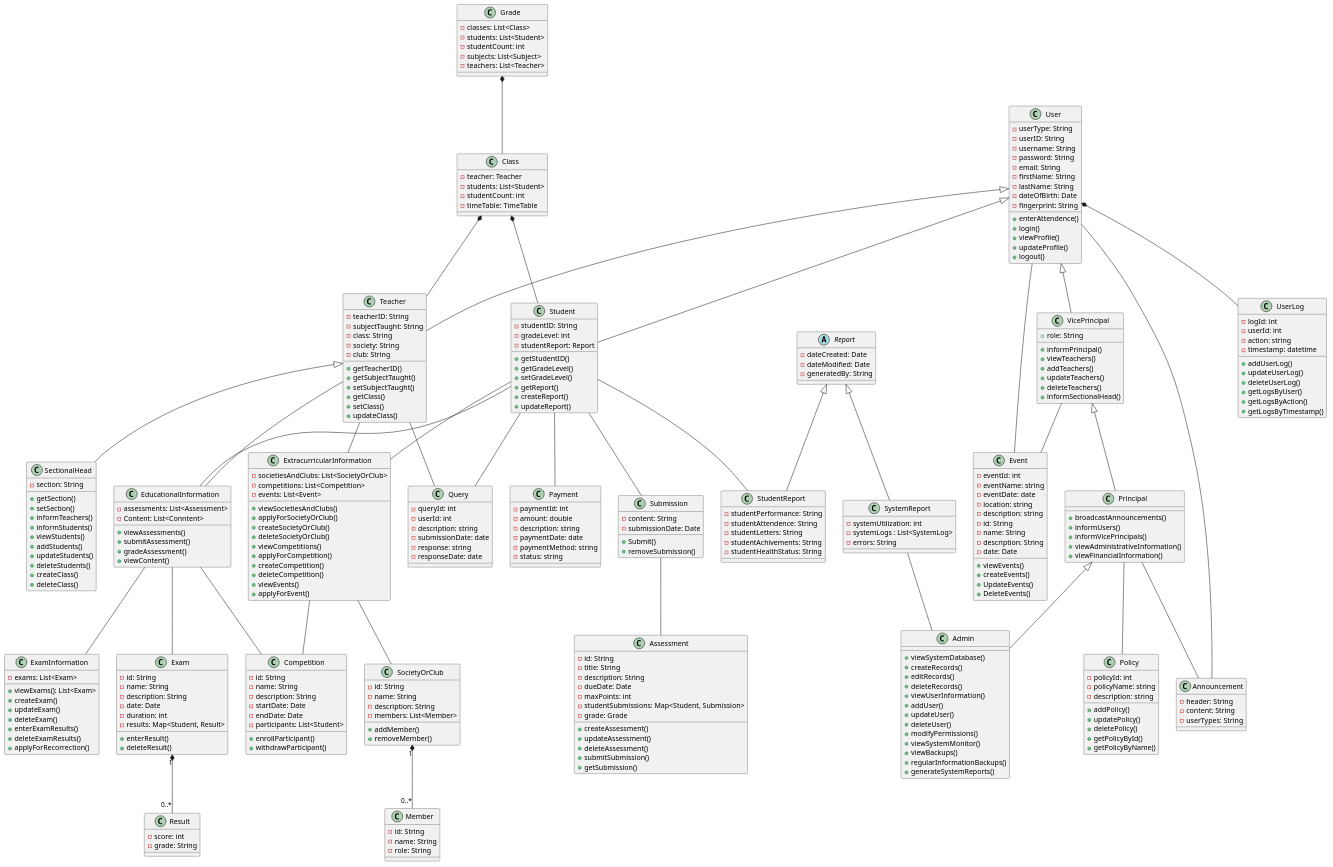
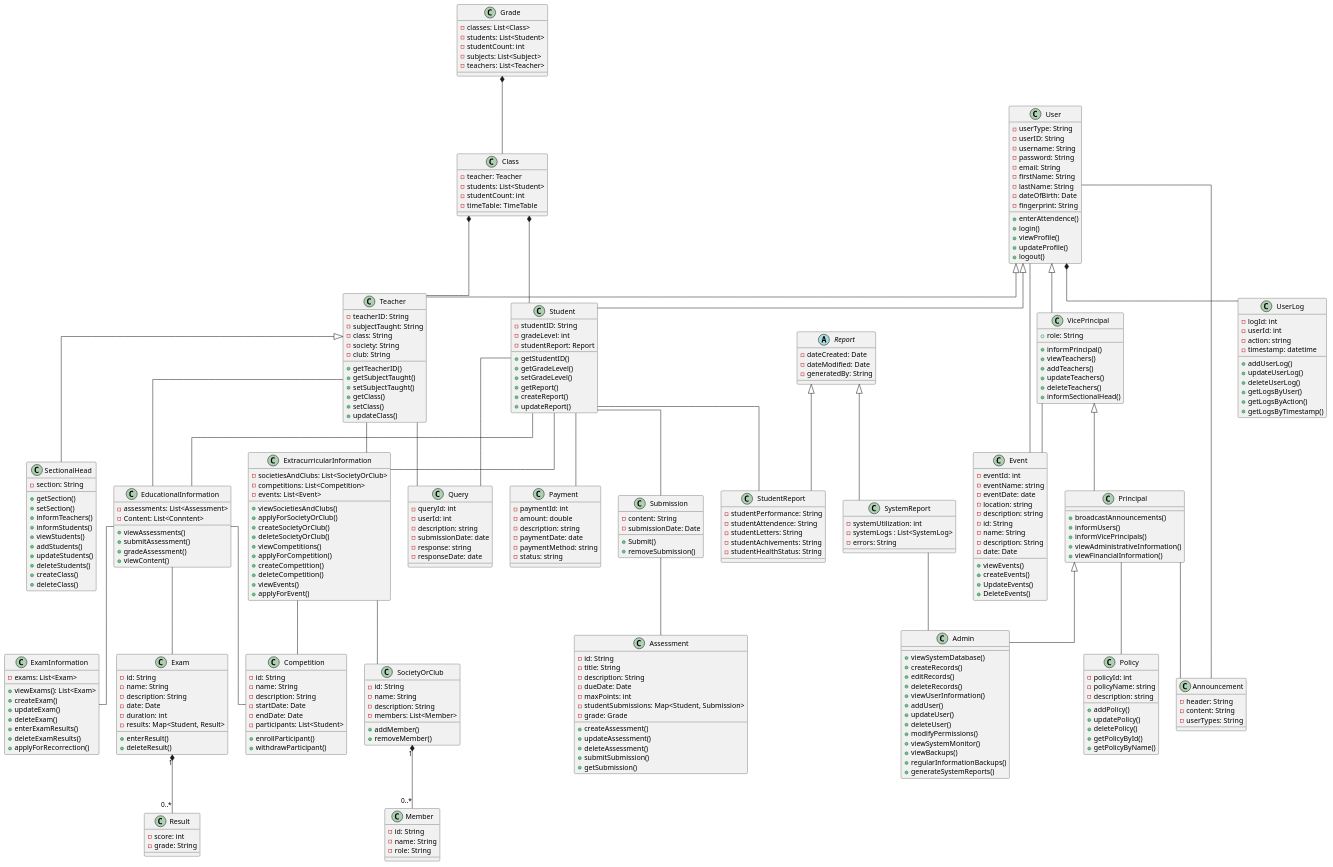
One commit to AdithyaSean/School-Management-System changed the diagram in School Management System Class Diagram.puml. Above: the diagram before and after it, drawn with PlantUML.

```diff
--- a/School Management System Class Diagram.puml
+++ b/School Management System Class Diagram.puml
@@ -1,4 +1,6 @@
 @startuml School Management System
+
+skinparam Linetype ortho
 
 class User {
   - userType: String
```
